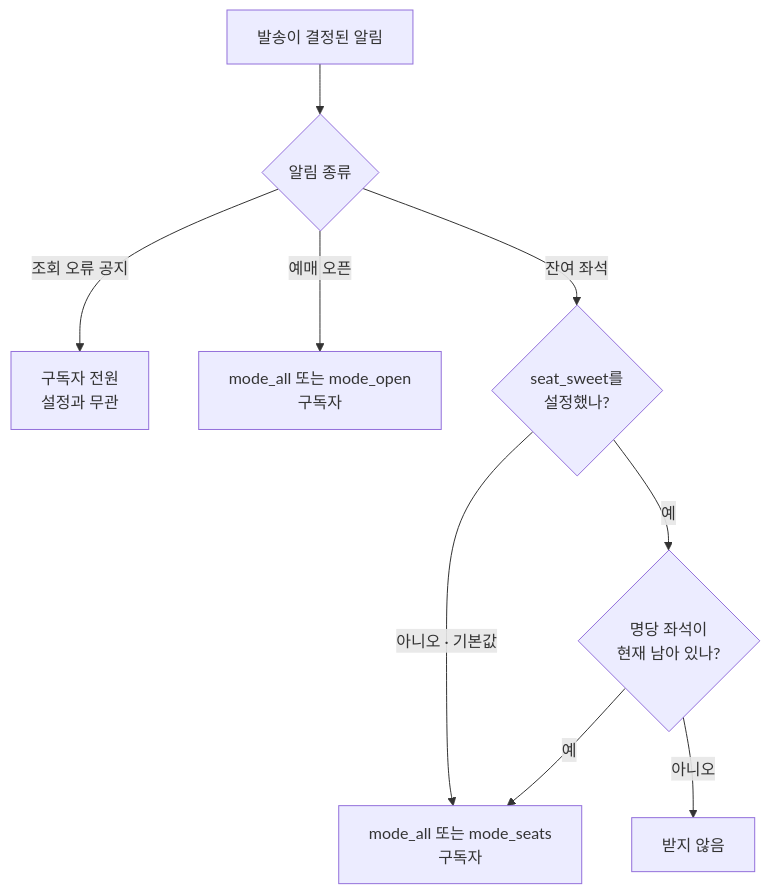
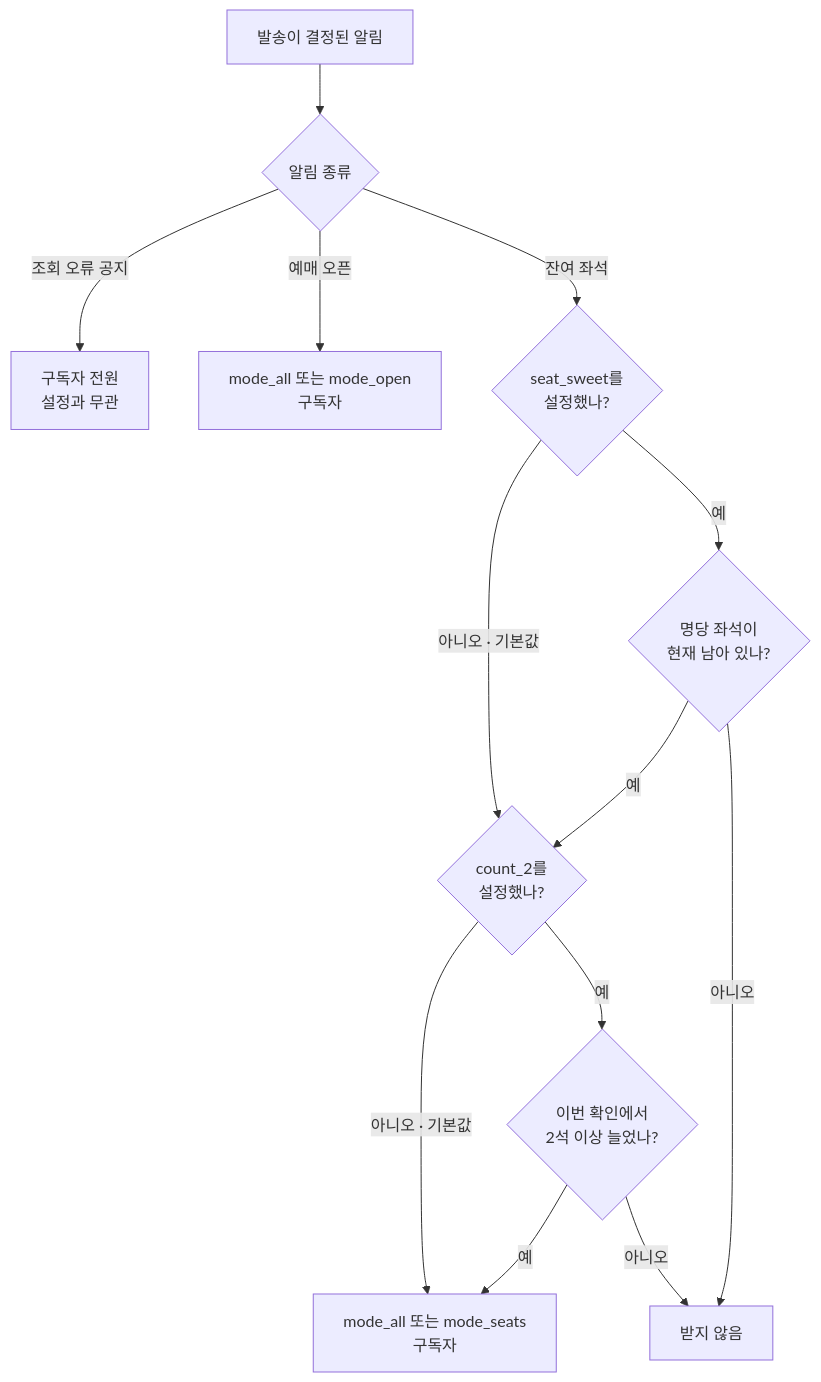
One commit to yuemyname/yongam-bot changed the fourth of 5 diagrams in docs/alert-flow.md. Above: the diagram before and after it, drawn with Mermaid. The commit also changed other lines of this file and 4 other files, not shown here.

````diff
--- a/docs/alert-flow.md
+++ b/docs/alert-flow.md
@@ -101,11 +101,15 @@
 ```mermaid
 flowchart TD
     A[발송이 결정된 알림] --> B{알림 종류}
     B -->|조회 오류 공지| Z["구독자 전원<br/>설정과 무관"]
     B -->|예매 오픈| C["mode_all 또는 mode_open<br/>구독자"]
     B -->|잔여 좌석| D{"seat_sweet를<br/>설정했나?"}
-    D -->|아니오 · 기본값| G["mode_all 또는 mode_seats<br/>구독자"]
+    D -->|아니오 · 기본값| I{"count_2를<br/>설정했나?"}
     D -->|예| H{"명당 좌석이<br/>현재 남아 있나?"}
-    H -->|예| G
+    H -->|예| I
     H -->|아니오| F[받지 않음]
+    I -->|아니오 · 기본값| G["mode_all 또는 mode_seats<br/>구독자"]
+    I -->|예| J{"이번 확인에서<br/>2석 이상 늘었나?"}
+    J -->|예| G
+    J -->|아니오| F
 ```
````
